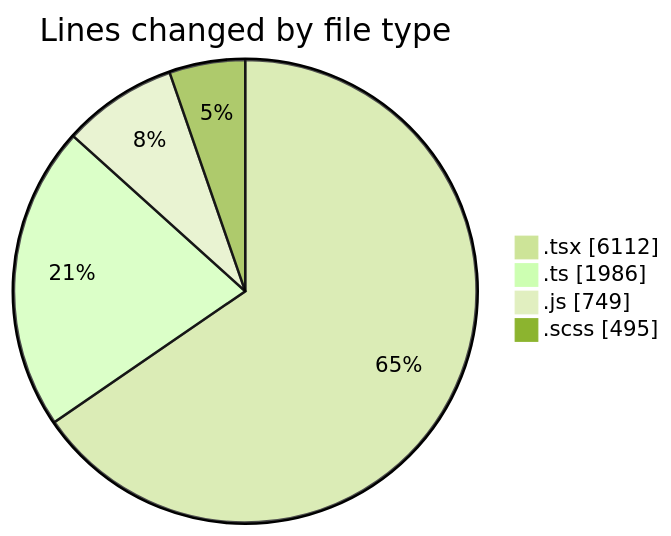
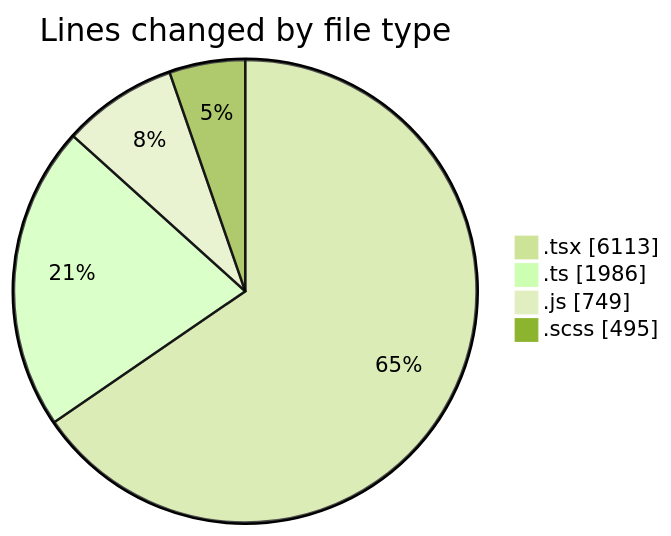
One commit to momahboobian/code-tracking changed the first of 2 diagrams in 2026-06-10/cda/README.md. Above: the diagram before and after it, drawn with Mermaid (forest theme). The commit also changed other lines of this file and 1 other file, not shown here.

````diff
--- a/2026-06-10/cda/README.md
+++ b/2026-06-10/cda/README.md
@@ -59,8 +59,8 @@
 ```mermaid
 pie showData
 title Lines changed by file type
-".tsx" : 6112
+".tsx" : 6113
 ".ts" : 1986
 ".js" : 749
 ".scss" : 495
 ```
````
